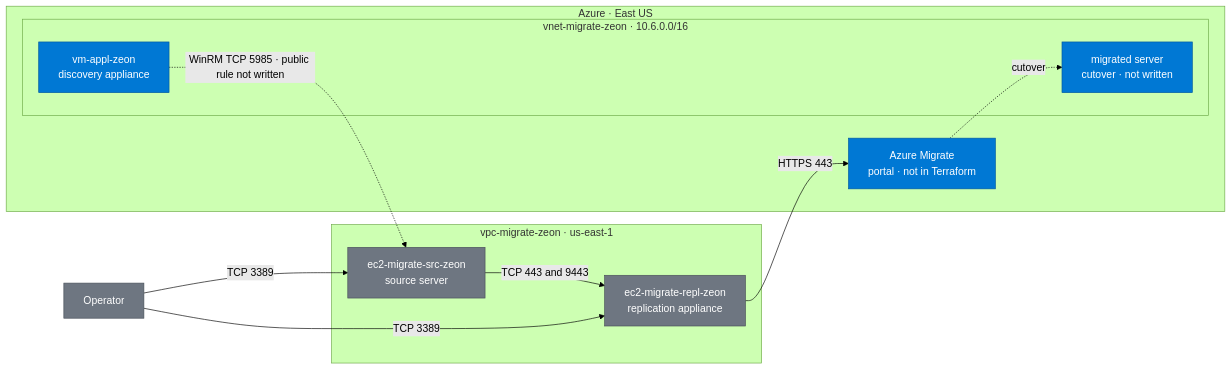
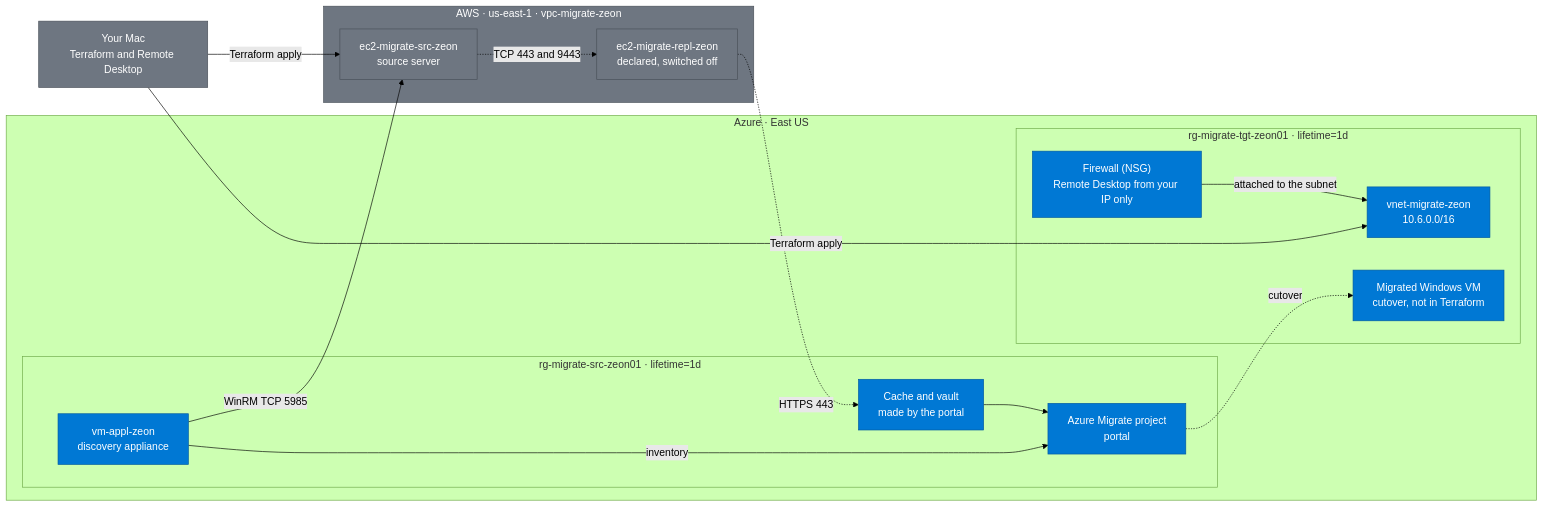
Before and after one commit to zsociety47/azure-aws-migrate-poc: the diagram in README.md, drawn with Mermaid (forest theme). The commit also changed other lines of this file and 6 other files, not shown here.

First line of the commit message:
Keep the replication appliance beside the source and record the quota it needs.

````diff
--- a/README.md
+++ b/README.md
@@ -302,30 +330,38 @@
 ```mermaid
 flowchart LR
-    operator["Operator"]
+    operator["Your Mac<br/>Terraform and Remote Desktop"]
 
-    subgraph awsnet["vpc-migrate-zeon · us-east-1"]
+    subgraph awsnet["AWS · us-east-1 · vpc-migrate-zeon"]
         source["ec2-migrate-src-zeon<br/>source server"]
-        repl["ec2-migrate-repl-zeon<br/>replication appliance"]
+        repl["ec2-migrate-repl-zeon<br/>declared, switched off"]
     end
 
     subgraph azure["Azure · East US"]
-        migrate["Azure Migrate<br/>portal · not in Terraform"]
-        subgraph tgt["vnet-migrate-zeon · 10.6.0.0/16"]
+        subgraph staging["rg-migrate-src-zeon01 · lifetime=1d"]
             discovery["vm-appl-zeon<br/>discovery appliance"]
-            landed["migrated server<br/>cutover · not written"]
+            cache["Cache and vault<br/>made by the portal"]
+            migrate["Azure Migrate project<br/>portal"]
+        end
+        subgraph tgt["rg-migrate-tgt-zeon01 · lifetime=1d"]
+            vnet["vnet-migrate-zeon<br/>10.6.0.0/16"]
+            nsg["Firewall (NSG)<br/>Remote Desktop from your IP only"]
+            landed["Migrated Windows VM<br/>cutover, not in Terraform"]
         end
     end
 
-    operator -- "TCP 3389" --> source
-    operator -- "TCP 3389" --> repl
-    source -- "TCP 443 and 9443" --> repl
-    repl -- "HTTPS 443" --> migrate
-    discovery -. "WinRM TCP 5985 · public rule not written" .-> source
+    operator -- "Terraform apply" --> source
+    operator -- "Terraform apply" --> vnet
+    discovery -- "WinRM TCP 5985" --> source
+    discovery -- "inventory" --> migrate
+    source -. "TCP 443 and 9443" .-> repl
+    repl -. "HTTPS 443" .-> cache
+    cache --> migrate
+    nsg -- "attached to the subnet" --> vnet
     migrate -. "cutover" .-> landed
 
     classDef azure fill:#0078d4,stroke:#005a9e,color:#fff
     classDef external fill:#6e7681,stroke:#484f58,color:#fff
 
-    class migrate,discovery,landed azure
-    class operator,source,repl external
+    class discovery,cache,migrate,vnet,nsg,landed azure
+    class operator,source,repl,awsnet external
 ```
````
